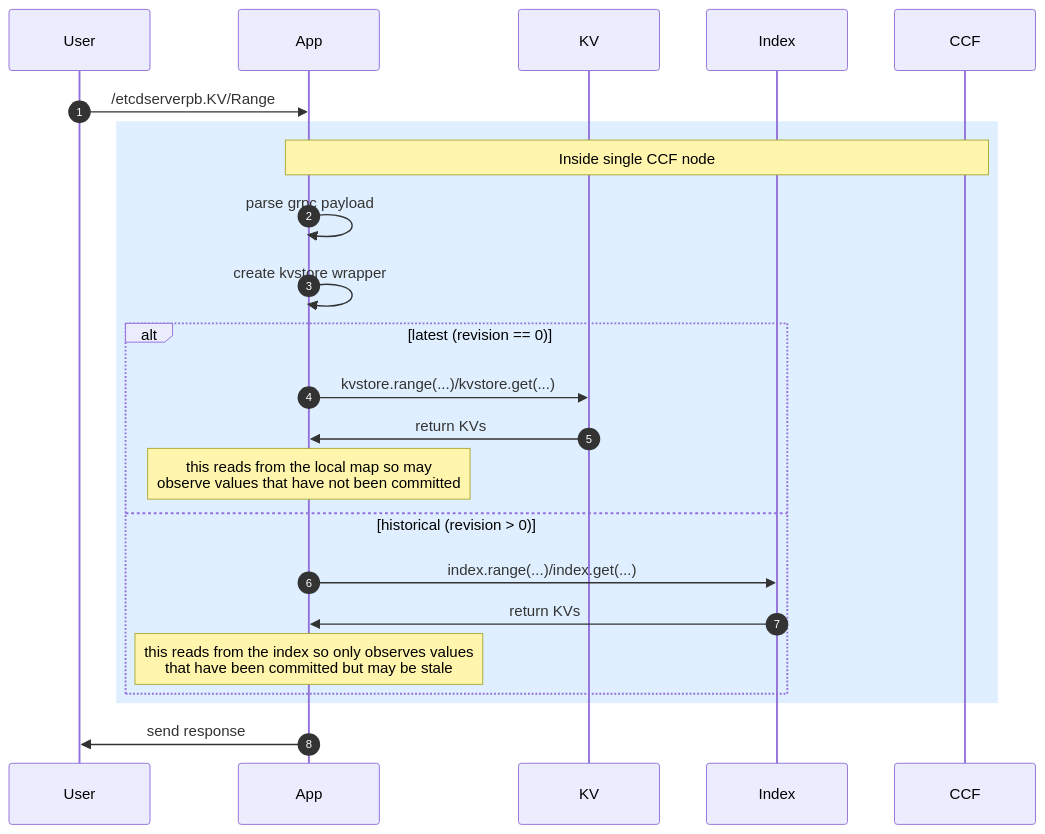
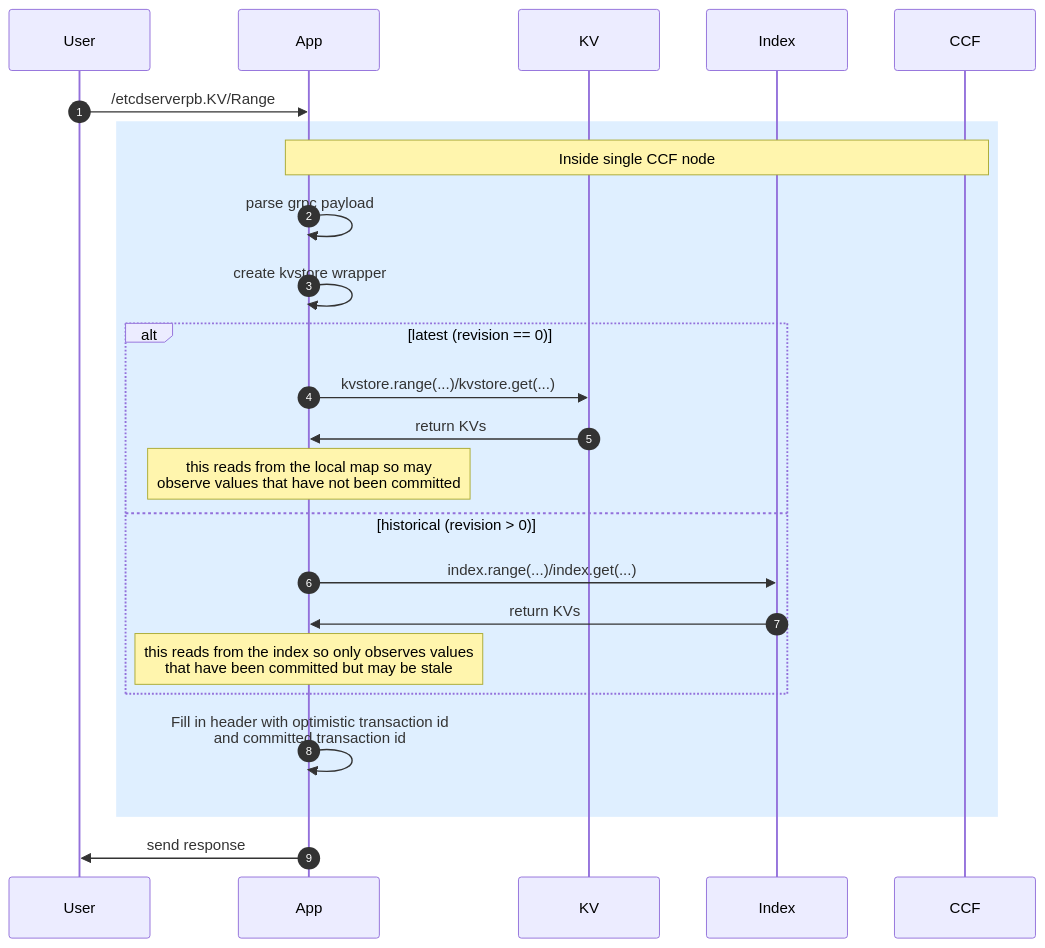
The second of 3 diagrams in docs/index.md (microsoft/LSKV), drawn with Mermaid before and after one commit. The commit also changed other lines of this file and 2 other files, not shown here.

Commit message:
Add committed revision and raft term in response header (#102)
* Add committed revision and raft term in response header

* Add split response header to doc diagrams

````diff
--- a/docs/index.md
+++ b/docs/index.md
@@ -32,26 +33,27 @@
 ```mermaid
 sequenceDiagram
     autonumber
     participant User
     participant App
     participant KV
     participant Index
     participant CCF
 
     User->>App: /etcdserverpb.KV/Range
     rect rgba(191, 223, 255, 0.5)
     note over App,CCF: Inside single CCF node
     App->>App: parse grpc payload
     App->>App: create kvstore wrapper
     alt latest (revision == 0)
         App->>KV: kvstore.range(...)/kvstore.get(...)
         KV->>App: return KVs
         note over App: this reads from the local map so may <br>observe values that have not been committed
     else historical (revision > 0)
         App->>Index: index.range(...)/index.get(...)
         Index->>App: return KVs
         note over App: this reads from the index so only observes values<br> that have been committed but may be stale
     end
+    App->>App: Fill in header with optimistic transaction id<br> and committed transaction id
     end
     App->>User: send response
 ```
````
